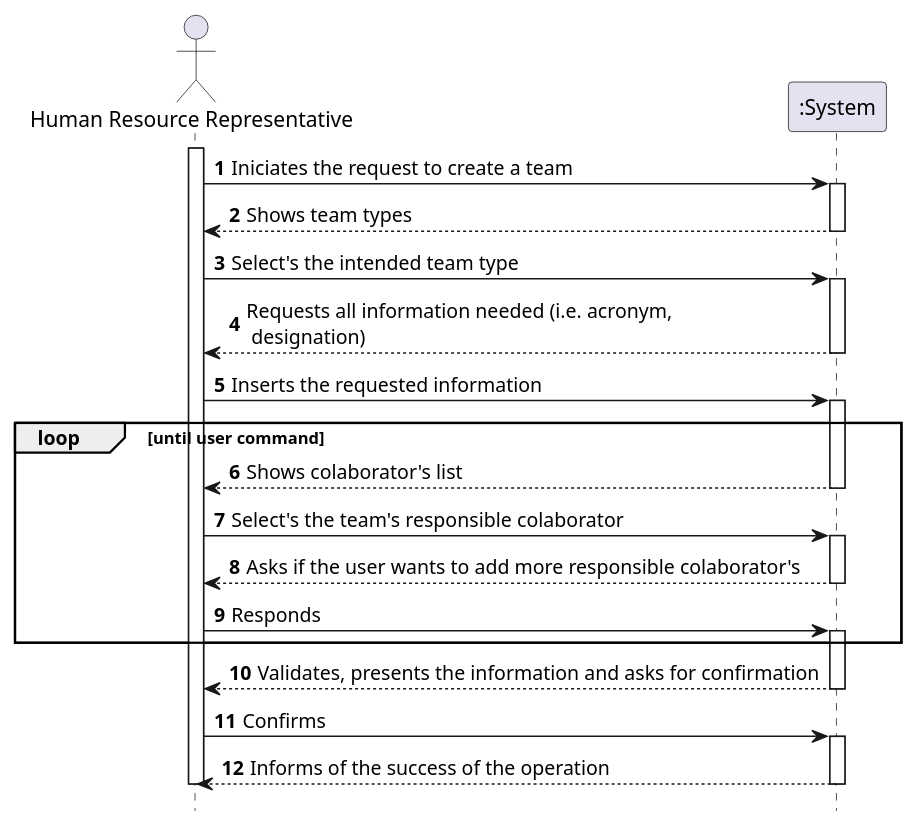
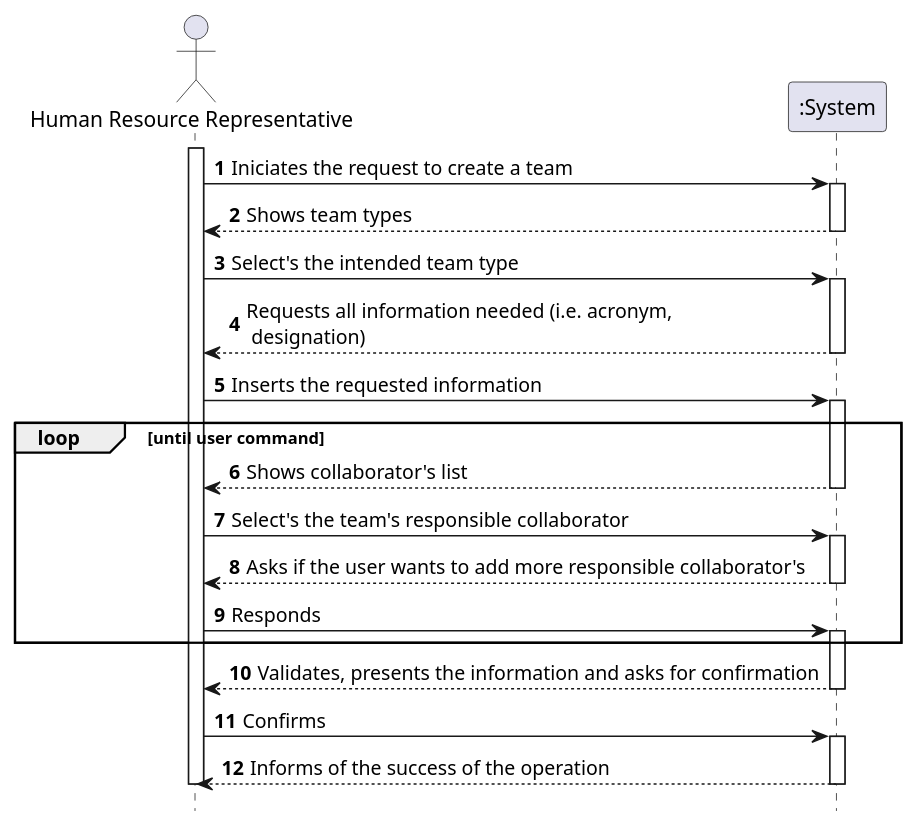
Before and after one commit to tiagoavcosta25/LAPR4: the diagram in doc/engenharia/SprintB/1191460/US-1-2052_CreateTeam/US-1-2052_SSD.puml, drawn with PlantUML. The commit also changed 1 other file, not shown here.

Commit message:
LAPR4-78 #analysis #fixing Colaborator to Collaborator

```diff
--- a/doc/engenharia/SprintB/1191460/US-1-2052_CreateTeam/US-1-2052_SSD.puml
+++ b/doc/engenharia/SprintB/1191460/US-1-2052_CreateTeam/US-1-2052_SSD.puml
@@ -1,48 +1,48 @@
 @startuml
 autonumber
 hide footbox
 
 actor "Human Resource Representative" as HRR
 
 participant ":System" as SYST
 
 activate HRR
 HRR-> SYST : Iniciates the request to create a team
 activate SYST
 SYST --> HRR: Shows team types
 deactivate SYST
 
 HRR-> SYST : Select's the intended team type
 activate SYST
 
 SYST --> HRR: Requests all information needed (i.e. acronym,\n designation)
 deactivate SYST
 
 HRR-> SYST : Inserts the requested information
 activate SYST
 
 loop until user command
-    SYST --> HRR: Shows colaborator's list
+    SYST --> HRR: Shows collaborator's list
     deactivate SYST
 
-    HRR-> SYST : Select's the team's responsible colaborator
+    HRR-> SYST : Select's the team's responsible collaborator
     activate SYST
 
-    SYST --> HRR: Asks if the user wants to add more responsible colaborator's
+    SYST --> HRR: Asks if the user wants to add more responsible collaborator's
     deactivate SYST
 
     HRR-> SYST : Responds
     activate SYST
 end
 
 SYST --> HRR: Validates, presents the information and asks for confirmation
 deactivate SYST
 
 HRR-> SYST : Confirms
 activate SYST
 SYST --> HRR: Informs of the success of the operation
 deactivate SYST
 
 deactivate HRR
 
 @enduml
```
